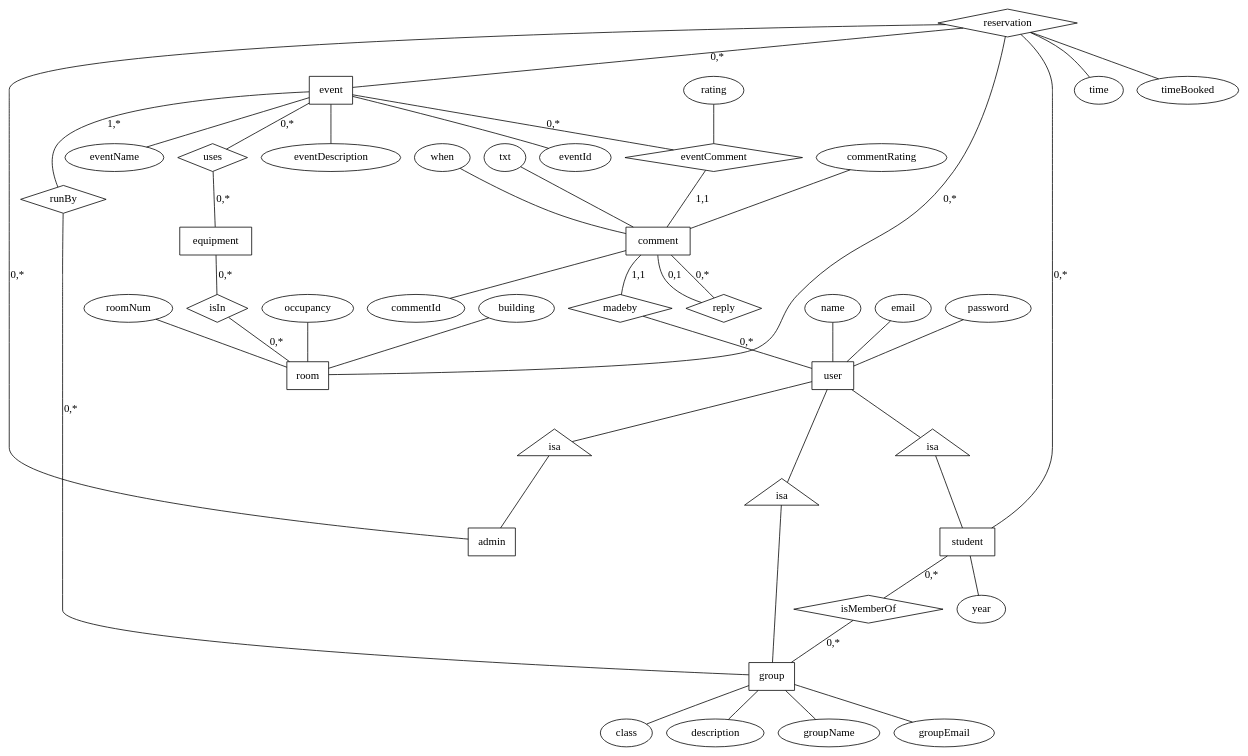
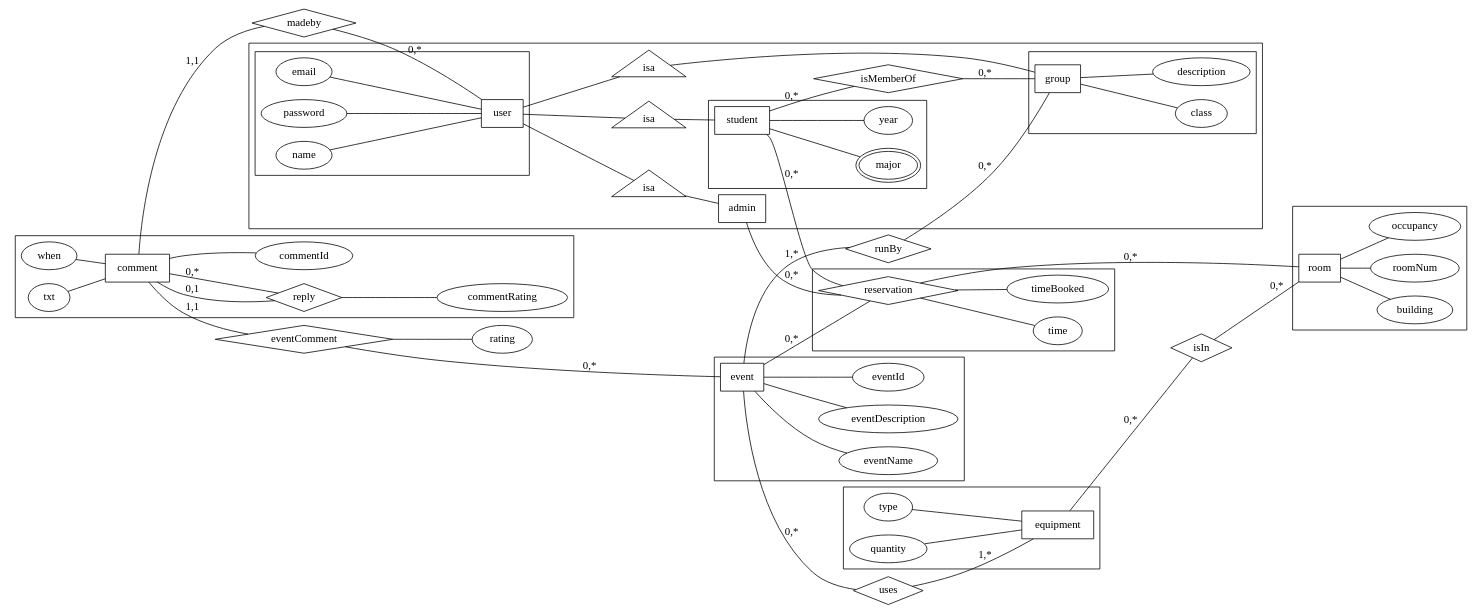
The diagram in ERmodel.dot (AstraLuma/restracker), drawn with Graphviz before and after one commit.

Commit message:
ERmodel looking decent besides the boxes being visable. Some attributes moved around.

```diff
--- a/ERmodel.dot
+++ b/ERmodel.dot
@@ -1,90 +1,122 @@
 graph{
-room [shape=box];
+rankdir=LR;
+
 group [shape=box];
 event [shape=box];
 user [shape=box];
 admin [shape=box];
 student [shape=box];
+room [shape=box];
 //session [shape=box];
 comment [shape=box];
 equipment [shape=box];
 
 isaadmin [shape=triangle,label=isa];
 isastudent [shape=triangle,label=isa];
 isagroup [shape=triangle,label=isa];
 
 isMemberOf [shape=diamond];
-runBy [shape=diamond];
 reservation [shape=diamond]; //make this an entity and relations not one-to-one?
 //loggedIn [shape=diamond];
 eventComment [shape=diamond];
 madeby [shape=diamond];
 reply [shape=diamond];
 isIn [shape=diamond];
 uses [shape=diamond];
-
+runBy [shape=diamond];
 
 //stuff[peripheries=2];
+major [peripheries=2];
 
 //session--loggedIn [label="0,1"];
 //loggedIn--user [label="0,*"];
 
-event--eventComment [label="0,*"];
-eventComment--comment [label="1,1"];
+eventComment--event [label="0,*"];
+comment--eventComment [label="1,1"];
 comment--madeby [label="1,1"];
 madeby--user [label="0,*"];
-comment--reply [label="0,*"];
-reply--comment [label="0,1"];
 
-user--isastudent--student;
-user--isaadmin--admin;
-user--isagroup--group;
 
-student--isMemberOf [label="0,*"];
-isMemberOf--group [label="0,*"];
 
 equipment--isIn [label="0,*"];
 isIn--room [label="0,*"];
 
 event--runBy [label="1,*"];
 runBy--group [label="0,*"];
 event--uses [label="0,*"];
-uses--equipment [label="0,*"];
+uses--equipment [label="1,*"];
 
 //primary key of reservation is room and time?
 student--reservation [label="0,*"];
 reservation--room [label="0,*"];
 reservation--event [label="0,*"]; //events can be in un-reservable places
 admin--reservation [label="0,*"];
 
 //attributes
+subgraph cluster_users{
+
+user--isastudent--student;
+user--isaadmin--admin;
+user--isagroup--group;
+
+
+student--isMemberOf [label="0,*"];
+isMemberOf--group [label="0,*"];
+
+
+subgraph cluster_usergraph {
 name--user;
 email--user; //key
 password--user;
+}
+subgraph cluster_studentgraph{
 student--year;
+student--major;
+}
 
+admin;
+
+subgraph cluster_groupgraph{
 group--class;
 group--description;
-group--groupName; //key
-group--groupEmail; 
+//group--groupName; //key
+//group--groupEmail; 
+}
+}
 
-building--room; //key
-roomNum--room; //key
-occupancy--room;
+subgraph cluster_roomgraph{
+room--building; //key
+room--roomNum; //key
+room--occupancy;
 //stuff--room;
+}
 
+subgraph cluster_eventgraph{
 event--eventName;
 event--eventDescription;
 event--eventId; //key
+}
 
+subgraph cluster_reservationgraph{
 reservation--time;
 reservation--timeBooked;
+}
 
-rating--eventComment;
+eventComment--rating;
 
-commentRating--comment;
+subgraph cluster_commentgraph{
+
+comment--reply [label="0,*"];
+reply--comment [label="0,1"];
+
+reply--commentRating;
 when--comment;
 txt--comment;
 comment--commentId; //key
+}
 
+subgraph cluster_equipmentgraph{
+type--equipment;
+quantity--equipment;
 }
+}
```
